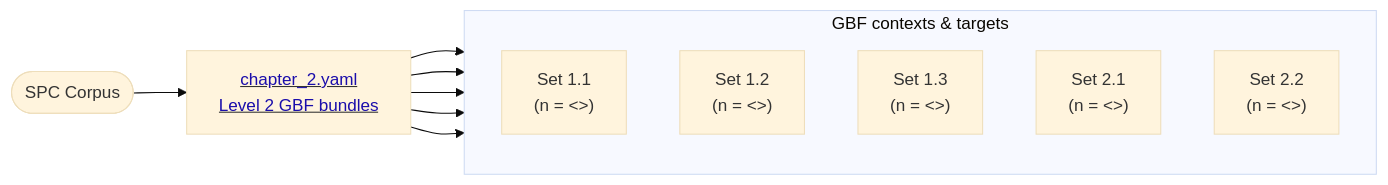
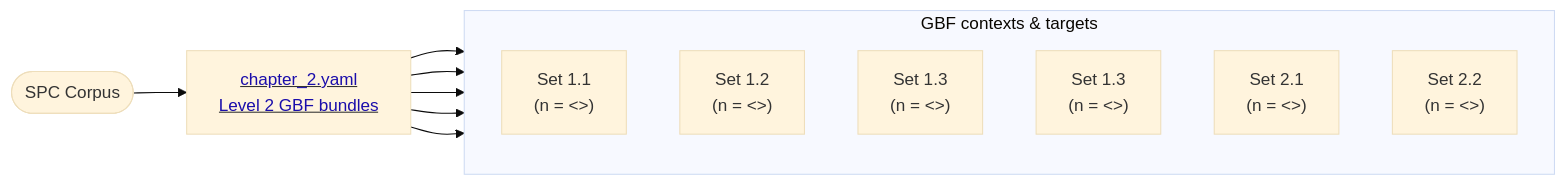
The diagram in figures/chapter2.mmd (IPBES-Data/IPBES_SPC_Corpus), drawn with Mermaid (base theme) before and after one commit. The commit also changed 8 other files, not shown here.

```diff
--- a/figures/chapter2.mmd
+++ b/figures/chapter2.mmd
@@ -1,124 +1,125 @@
 %%{init: {'flowchart': {'htmlLabels': true}}}%%
 flowchart LR
     Start([SPC Corpus]) --> Ch2L2["<u><span style='color:#1a0dab;'>chapter_2.yaml<br/>Level 2 GBF bundles</span></u>"]
     click Ch2L2 "../search_terms/chapter_2.yaml" "Open chapter_2.yaml"
 
     subgraph Chapter2Sets["GBF contexts & targets"]
         direction TB
         Set_11["Set 1.1<br/>(n = <<Set_11>>)"]
         Set_12["Set 1.2<br/>(n = <<Set_12>>)"]
         Set_13["Set 1.3<br/>(n = <<Set_13>>)"]
+        Set_14["Set 1.3<br/>(n = <<Set_14>>)"]
         Set_21["Set 2.1<br/>(n = <<Set_21>>)"]
         Set_22["Set 2.2<br/>(n = <<Set_22>>)"]
         %% Set_3["Set 3<br/>(n = <<Set_3>>)"]
     end
     Ch2L2 --> Set_11
     Ch2L2 --> Set_12
     Ch2L2 --> Set_13
     Ch2L2 --> Set_21
     Ch2L2 --> Set_22
     %% Ch2L2 --> Set_3
 
     %% subgraph L1_TARGET["GBF contexts & targets"]
     %%     T3["Target 3<br/>(n = <<T3>>)"]
     %%     T4["Target 4<br/>(n = <<T4>>)"]
     %%     T5["Target 5<br/>(n = <<T5>>)"]
     %%     T6["Target 6<br/>(n = <<T6>>)"]
     %%     T7["Target 7<br/>(n = <<T7>>)"]
     %%     T8["Target 8<br/>(n = <<T8>>)"]
     %%     T9["Target 9<br/>(n = <<T9>>)"]
     %%     T10["Target 10<br/>(n = <<T10>>)"]
     %%     T11["Target 11<br/>(n = <<T11>>)"]
     %%     T12["Target 12<br/>(n = <<T12>>)"]
     %%     T13["Target 13<br/>(n = <<T13>>)"]
     %%     T14["Target 14<br/>(n = <<T14>>)"]
     %%     T15["Target 15<br/>(n = <<T15>>)"]
     %%     T16["Target 16<br/>(n = <<T16>>)"]
     %%     T17["Target 17<br/>(n = <<T17>>)"]
     %%     T18["Target 18<br/>(n = <<T18>>)"]
     %%     T19["Target 19<br/>(n = <<T19>>)"]
     %%     T20["Target 20<br/>(n = <<T20>>)"]
     %%     T21["Target 21<br/>(n = <<T21>>)"]
     %%     T22["Target 22<br/>(n = <<T22>>)"]
     %%     T23["Target 23<br/>(n = <<T23>>)"]
     %% end
     %% Ch2L2 --> T3
     %% Ch2L2 --> T4
     %% Ch2L2 --> T5
     %% Ch2L2 --> T6
     %% Ch2L2 --> T7
     %% Ch2L2 --> T8
     %% Ch2L2 --> T9
     %% Ch2L2 --> T10
     %% Ch2L2 --> T11
     %% Ch2L2 --> T12
     %% Ch2L2 --> T13
     %% Ch2L2 --> T14
     %% Ch2L2 --> T15
     %% Ch2L2 --> T16
     %% Ch2L2 --> T17
     %% Ch2L2 --> T18
     %% Ch2L2 --> T19
     %% Ch2L2 --> T20
     %% Ch2L2 --> T21
     %% Ch2L2 --> T22
     %% Ch2L2 --> T23
 
     %% subgraph L1_REL["Spatial Planning Related"]
     %%     REL["Spatial Planning Related<br/>(n = <<REL>>)"]
     %% end
     %% Ch2L2 --> REL
 
     %% subgraph L1_NexusSets["Nexus"]
     %%     direction TB
     %%     Nexus_Water["Water<br/>(n = <<Nexus_Water>>)"]
     %%     Nexus_Food["Food<br/>(n = <<Nexus_Food>>)"]
     %%     Nexus_Health["Health<br/>(n = <<Nexus_Health>>)"]
     %%     Nexus_Climate["Climate<br/>(n = <<Nexus_Climate>>)"]
     %% end
     %% Ch2L2 --> Nexus_Water
     %% Ch2L2 --> Nexus_Food
     %% Ch2L2 --> Nexus_Health
     %% Ch2L2 --> Nexus_Climate
 
     %% L1_GBF --> Ch2L4["<u><span style='color:#1a0dab;'>chapter_2_sdg.yaml<br/>Level 4 SDG filters</span></u>"]
     %% L1_NexusSets --> Ch2L4
     %% L1_REL --> Ch2L4
     %% click Ch2L4 "../search_terms/chapter_2_sdg.yaml" "Open chapter_2_sdg.yaml"
     %% subgraph SDGSets["SDG goal filters"]
     %%     direction TB
     %%     SDG1["SDG 1"]
     %%     SDG2["SDG 2"]
     %%     SDG3["SDG 3"]
     %%     SDG4["SDG 4"]
     %%     SDG5["SDG 5"]
     %%     SDG6["SDG 6"]
     %%     SDG7["SDG 7"]
     %%     SDG8["SDG 8"]
     %%     SDG9["SDG 9"]
     %%     SDG10["SDG 10"]
     %%     SDG11["SDG 11"]
     %%     SDG12["SDG 12"]
     %%     SDG13["SDG 13"]
     %%     SDG14["SDG 14"]
     %%     SDG15["SDG 15"]
     %%     SDG16["SDG 16"]
     %%     SDG17["SDG 17"]
     %% end
     %% Ch2L4 --> SDG1
     %% Ch2L4 --> SDG2
     %% Ch2L4 --> SDG3
     %% Ch2L4 --> SDG4
     %% Ch2L4 --> SDG5
     %% Ch2L4 --> SDG6
     %% Ch2L4 --> SDG7
     %% Ch2L4 --> SDG8
     %% Ch2L4 --> SDG9
     %% Ch2L4 --> SDG10
     %% Ch2L4 --> SDG11
     %% Ch2L4 --> SDG12
     %% Ch2L4 --> SDG13
     %% Ch2L4 --> SDG14
     %% Ch2L4 --> SDG15
     %% Ch2L4 --> SDG16
     %% Ch2L4 --> SDG17
```
